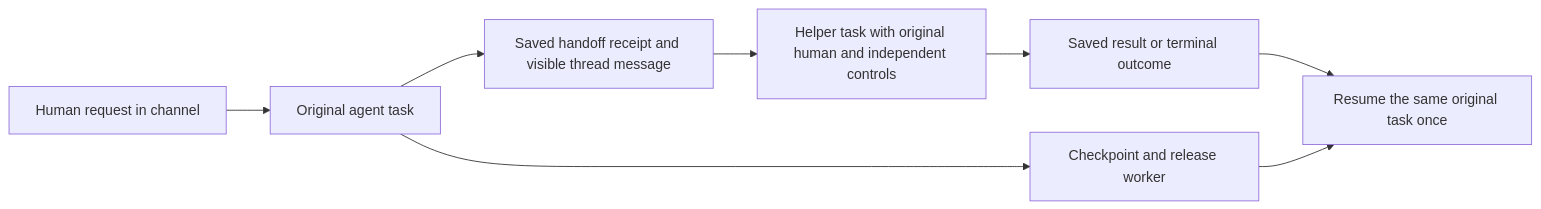
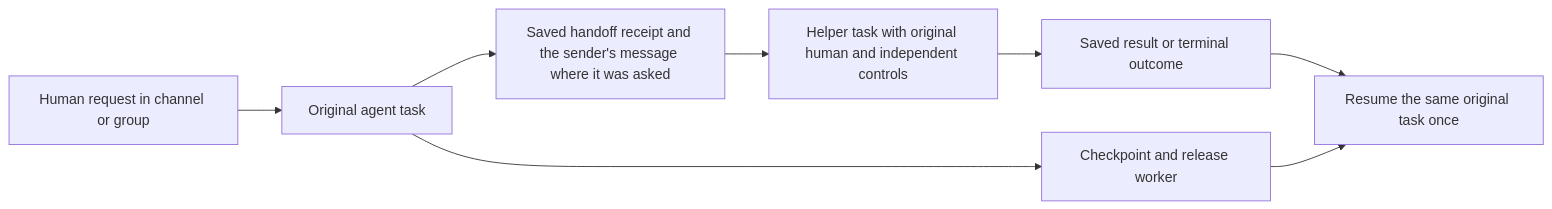
The diagram in runtime/channel-agent-handoffs.md (Saieshwar5/ayati-v1), drawn with Mermaid before and after one commit. The commit also changed other lines of this file and 27 other files, not shown here.

````diff
--- a/runtime/channel-agent-handoffs.md
+++ b/runtime/channel-agent-handoffs.md
@@ -152,10 +260,10 @@
 ```mermaid
 flowchart LR
-  H[Human request in channel] --> P[Original agent task]
-  P --> R[Saved handoff receipt and visible thread message]
+  H[Human request in channel or group] --> P[Original agent task]
+  P --> R[Saved handoff receipt and the sender's message where it was asked]
   R --> C[Helper task with original human and independent controls]
   P --> W[Checkpoint and release worker]
   C --> D[Saved result or terminal outcome]
   D --> N[Resume the same original task once]
   W --> N
 ```
````
